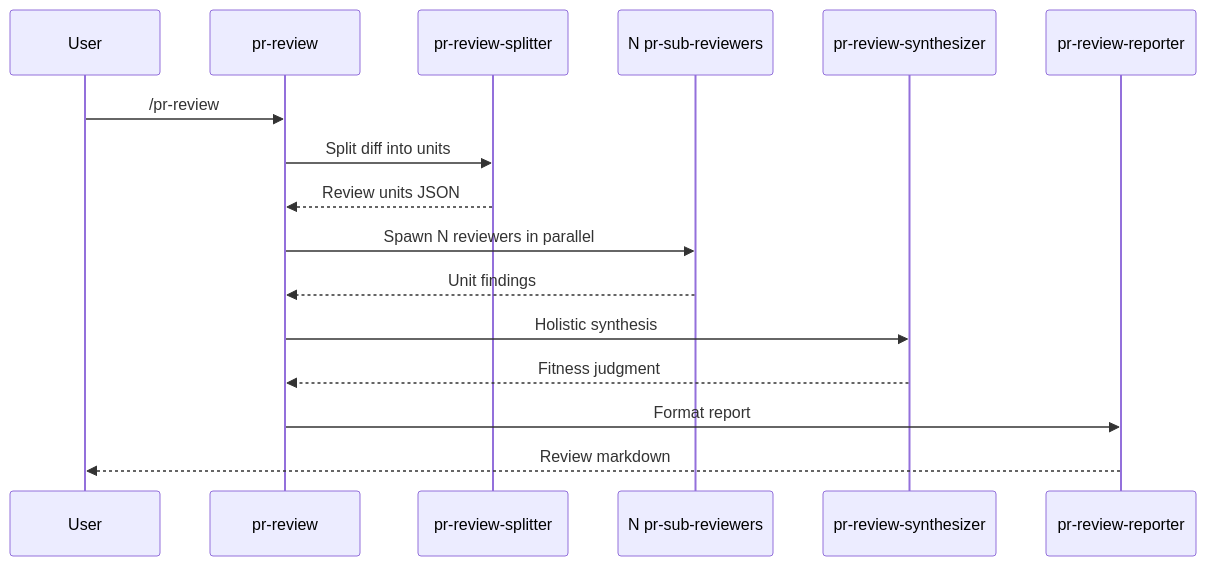
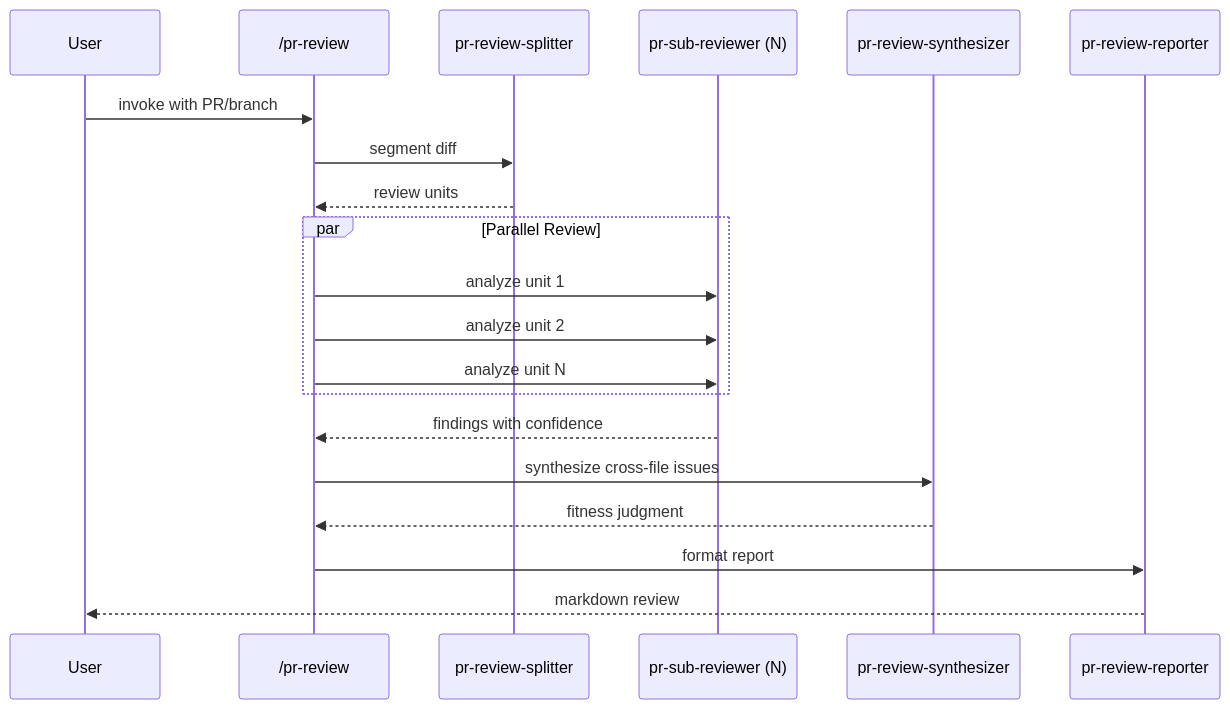
Before and after one commit to rp1-run/rp1: the fourth of 4 diagrams in .rp1/context/architecture.md, drawn with Mermaid. The commit also changed other lines of this file and 5 other files, not shown here.

````diff
--- a/.rp1/context/architecture.md
+++ b/.rp1/context/architecture.md
@@ -159,19 +177,25 @@
 ```mermaid
 sequenceDiagram
     participant User
-    participant PRReview as pr-review
+    participant PR as /pr-review
     participant Splitter as pr-review-splitter
-    participant SubReviewers as N pr-sub-reviewers
+    participant SubReviewer as pr-sub-reviewer (N)
     participant Synth as pr-review-synthesizer
     participant Reporter as pr-review-reporter
 
-    User->>PRReview: /pr-review
-    PRReview->>Splitter: Split diff into units
-    Splitter-->>PRReview: Review units JSON
-    PRReview->>SubReviewers: Spawn N reviewers in parallel
-    SubReviewers-->>PRReview: Unit findings
-    PRReview->>Synth: Holistic synthesis
-    Synth-->>PRReview: Fitness judgment
-    PRReview->>Reporter: Format report
-    Reporter-->>User: Review markdown
+    User->>PR: invoke with PR/branch
+    PR->>Splitter: segment diff
+    Splitter-->>PR: review units
+
+    par Parallel Review
+        PR->>SubReviewer: analyze unit 1
+        PR->>SubReviewer: analyze unit 2
+        PR->>SubReviewer: analyze unit N
+    end
+
+    SubReviewer-->>PR: findings with confidence
+    PR->>Synth: synthesize cross-file issues
+    Synth-->>PR: fitness judgment
+    PR->>Reporter: format report
+    Reporter-->>User: markdown review
 ```
````
